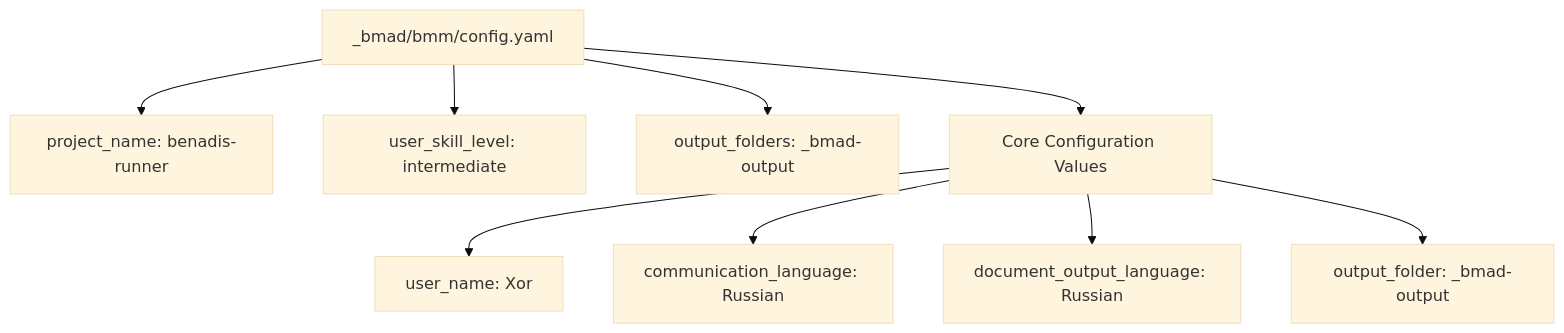
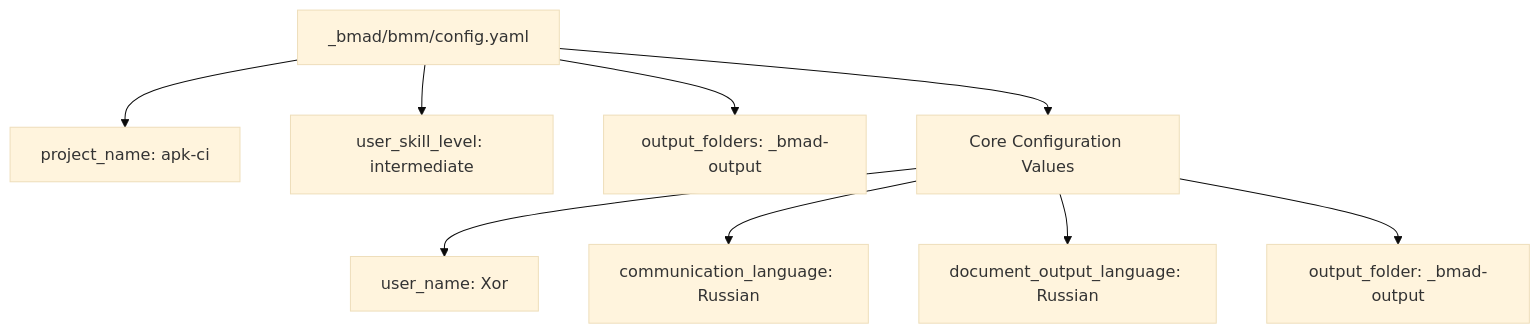
Before and after one commit to Kargones/apk-ci: the fourth of 6 diagrams in .qoder/repowiki/en/content/Development Guide.md, drawn with Mermaid (base theme). The commit also changed other lines of this file and 189 other files, not shown here.

Commit message:
Замена benadis-runner на apk-ci.

````diff
--- a/.qoder/repowiki/en/content/Development Guide.md
+++ b/.qoder/repowiki/en/content/Development Guide.md
@@ -268,11 +268,11 @@
 ```mermaid
 graph TB
-BMM_CONFIG[_bmad/bmm/config.yaml] --> PROJECT_NAME[project_name: benadis-runner]
+BMM_CONFIG[_bmad/bmm/config.yaml] --> PROJECT_NAME[project_name: apk-ci]
 BMM_CONFIG --> SKILL_LEVEL[user_skill_level: intermediate]
 BMM_CONFIG --> OUTPUT_FOLDERS[output_folders: _bmad-output]
 BMM_CONFIG --> CORE_CONFIG[Core Configuration Values]
 CORE_CONFIG --> USER_NAME[user_name: Xor]
 CORE_CONFIG --> LANGUAGES[communication_language: Russian]
 CORE_CONFIG --> DOC_LANGUAGE[document_output_language: Russian]
 CORE_CONFIG --> OUTPUT_FOLDER[output_folder: _bmad-output]
 ```
````
